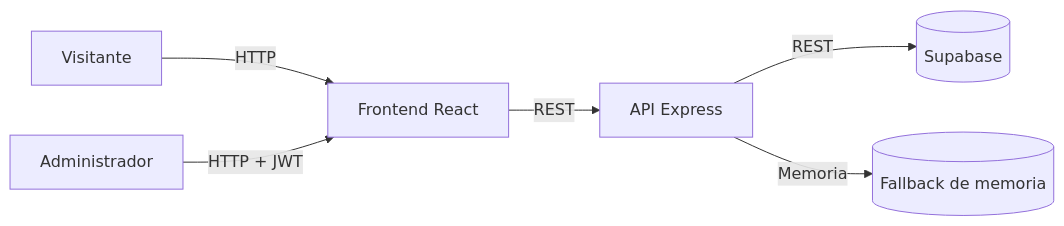
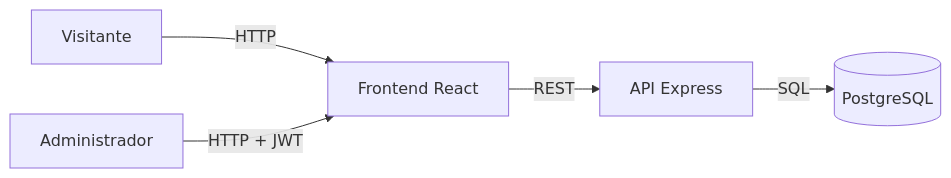
Before and after one commit to angelmelendres97-ctrl/PORTAFOLIO: the first of 3 diagrams in README.md, drawn with Mermaid. The commit also changed other lines of this file and 2 other files, not shown here.

````diff
--- a/README.md
+++ b/README.md
@@ -34,8 +92,7 @@
 ```mermaid
 flowchart LR
   Visitor[Visitante] -->|HTTP| Frontend[Frontend React]
   Admin[Administrador] -->|HTTP + JWT| Frontend
   Frontend -->|REST| Backend[API Express]
-  Backend -->|REST| Supabase[(Supabase)]
-  Backend -->|Memoria| InMemory[(Fallback de memoria)]
+  Backend -->|SQL| PostgreSQL[(PostgreSQL)]
 ```
````
